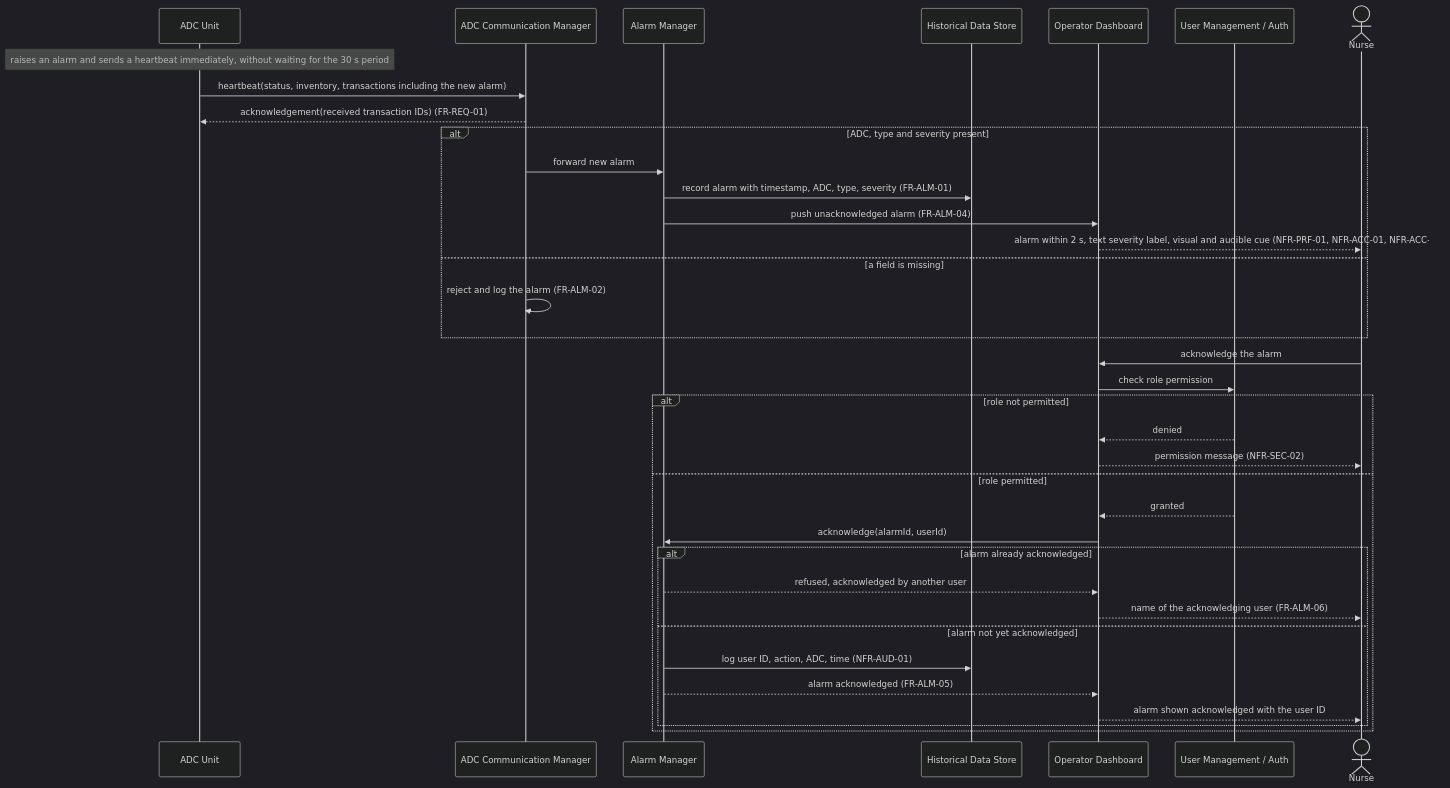
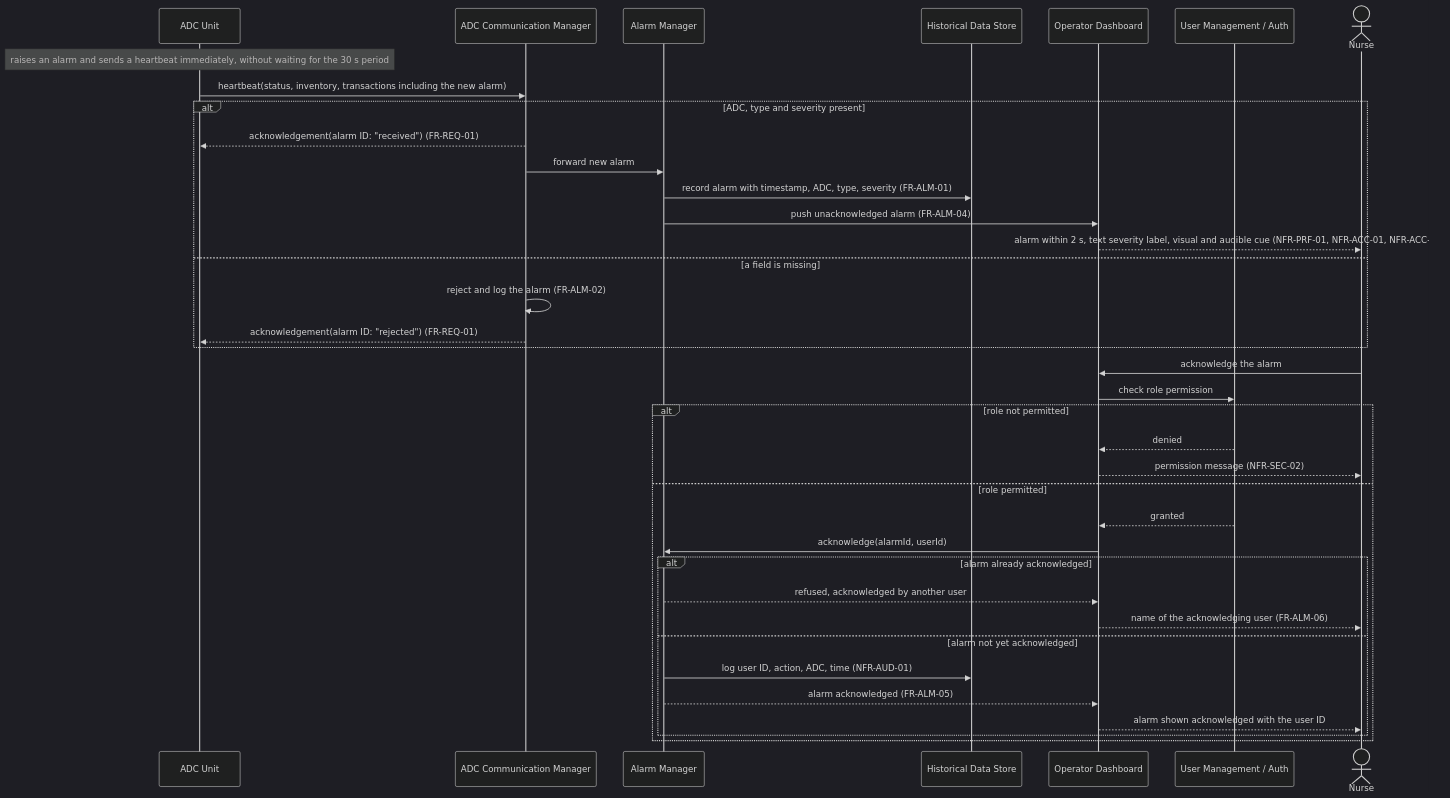
One commit to LukaMrt/3K04-project changed the second of 3 diagrams in docs/part-b/diagrams/sequence-diagram.md. Above: the diagram before and after it, drawn with Mermaid (dark theme). The commit also changed other lines of this file and 4 other files, not shown here.

````diff
--- a/docs/part-b/diagrams/sequence-diagram.md
+++ b/docs/part-b/diagrams/sequence-diagram.md
@@ -67,40 +67,41 @@
 ```mermaid
 sequenceDiagram
     participant ADC as ADC Unit
     participant CommMgr as ADC Communication Manager
     participant AlarmMgr as Alarm Manager
     participant HistStore as Historical Data Store
     participant Dashboard as Operator Dashboard
     participant UserMgmt as User Management / Auth
     actor User as Nurse
 
     Note over ADC: raises an alarm and sends a heartbeat immediately, without waiting for the 30 s period
     ADC->>CommMgr: heartbeat(status, inventory, transactions including the new alarm)
-    CommMgr-->>ADC: acknowledgement(received transaction IDs) (FR-REQ-01)
     alt ADC, type and severity present
+        CommMgr-->>ADC: acknowledgement(alarm ID: "received") (FR-REQ-01)
         CommMgr->>AlarmMgr: forward new alarm
         AlarmMgr->>HistStore: record alarm with timestamp, ADC, type, severity (FR-ALM-01)
         AlarmMgr->>Dashboard: push unacknowledged alarm (FR-ALM-04)
         Dashboard-->>User: alarm within 2 s, text severity label, visual and audible cue (NFR-PRF-01, NFR-ACC-01, NFR-ACC-02)
     else a field is missing
         CommMgr->>CommMgr: reject and log the alarm (FR-ALM-02)
+        CommMgr-->>ADC: acknowledgement(alarm ID: "rejected") (FR-REQ-01)
     end
 
     User->>Dashboard: acknowledge the alarm
     Dashboard->>UserMgmt: check role permission
     alt role not permitted
         UserMgmt-->>Dashboard: denied
         Dashboard-->>User: permission message (NFR-SEC-02)
     else role permitted
         UserMgmt-->>Dashboard: granted
         Dashboard->>AlarmMgr: acknowledge(alarmId, userId)
         alt alarm already acknowledged
             AlarmMgr-->>Dashboard: refused, acknowledged by another user
             Dashboard-->>User: name of the acknowledging user (FR-ALM-06)
         else alarm not yet acknowledged
             AlarmMgr->>HistStore: log user ID, action, ADC, time (NFR-AUD-01)
             AlarmMgr-->>Dashboard: alarm acknowledged (FR-ALM-05)
             Dashboard-->>User: alarm shown acknowledged with the user ID
         end
     end
 ```
````
